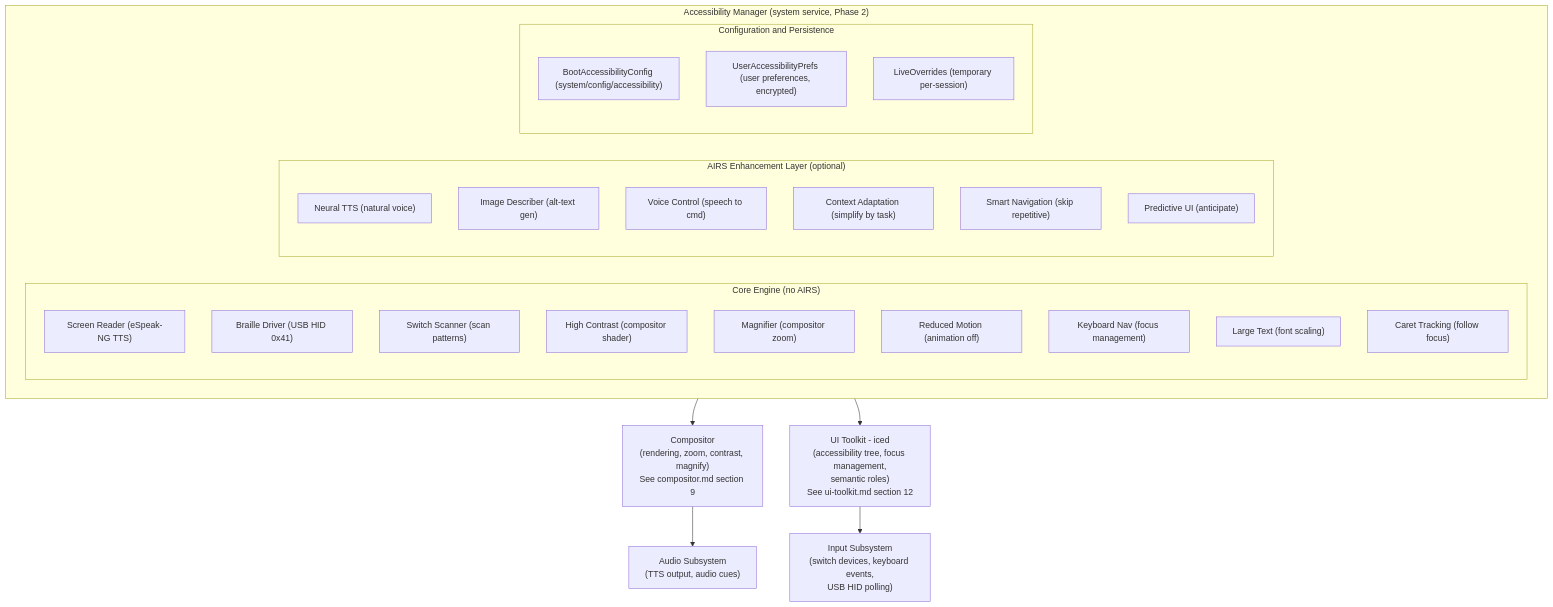
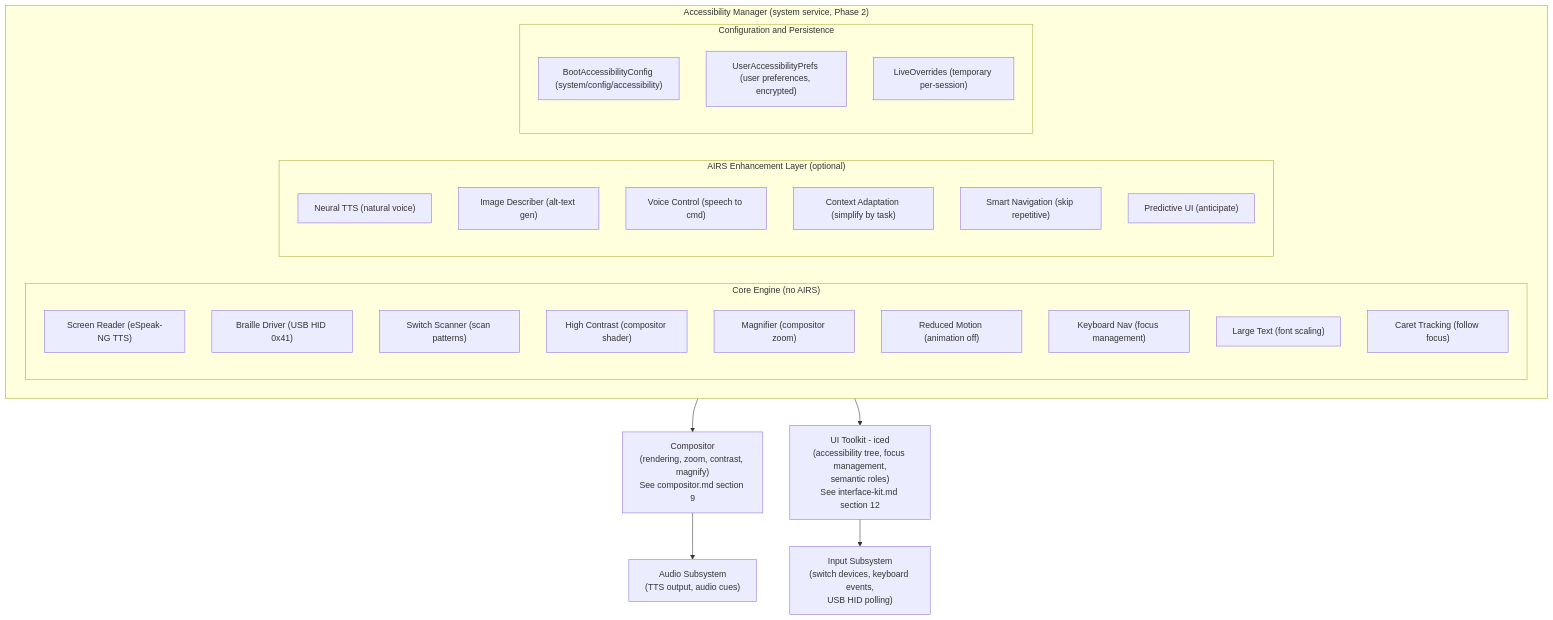
The first of 3 diagrams in docs/experience/accessibility.md (juslee/aios), drawn with Mermaid before and after one commit. The commit also changed other lines of this file and 30 other files, not shown here.

First line of the commit message:
Docs: Rename ui-toolkit → interface-kit, split into hub + sub-docs, add research

````diff
--- a/docs/experience/accessibility.md
+++ b/docs/experience/accessibility.md
@@ -55,44 +55,44 @@
 ```mermaid
 flowchart TD
     subgraph AM["Accessibility Manager (system service, Phase 2)"]
         subgraph CE["Core Engine (no AIRS)"]
             SR["Screen Reader (eSpeak-NG TTS)"]
             BD["Braille Driver (USB HID 0x41)"]
             SS["Switch Scanner (scan patterns)"]
             HC["High Contrast (compositor shader)"]
             MG["Magnifier (compositor zoom)"]
             RM["Reduced Motion (animation off)"]
             KN["Keyboard Nav (focus management)"]
             LT["Large Text (font scaling)"]
             CT["Caret Tracking (follow focus)"]
         end
 
         subgraph AE["AIRS Enhancement Layer (optional)"]
             NT["Neural TTS (natural voice)"]
             ID["Image Describer (alt-text gen)"]
             VC["Voice Control (speech to cmd)"]
             CA["Context Adaptation (simplify by task)"]
             SN["Smart Navigation (skip repetitive)"]
             PU["Predictive UI (anticipate)"]
         end
 
         subgraph CP["Configuration and Persistence"]
             BAC["BootAccessibilityConfig (system/config/accessibility)"]
             UAP["UserAccessibilityPrefs (user preferences, encrypted)"]
             LO["LiveOverrides (temporary per-session)"]
         end
     end
 
     AM --> Compositor["`Compositor
 (rendering, zoom, contrast, magnify)
 See compositor.md section 9`"]
     AM --> UIToolkit["`UI Toolkit - iced
 (accessibility tree, focus management,
 semantic roles)
-See ui-toolkit.md section 12`"]
+See interface-kit.md section 12`"]
     Compositor --> Audio["`Audio Subsystem
 (TTS output, audio cues)`"]
     UIToolkit --> Input["`Input Subsystem
 (switch devices, keyboard events,
 USB HID polling)`"]
 ```
````
